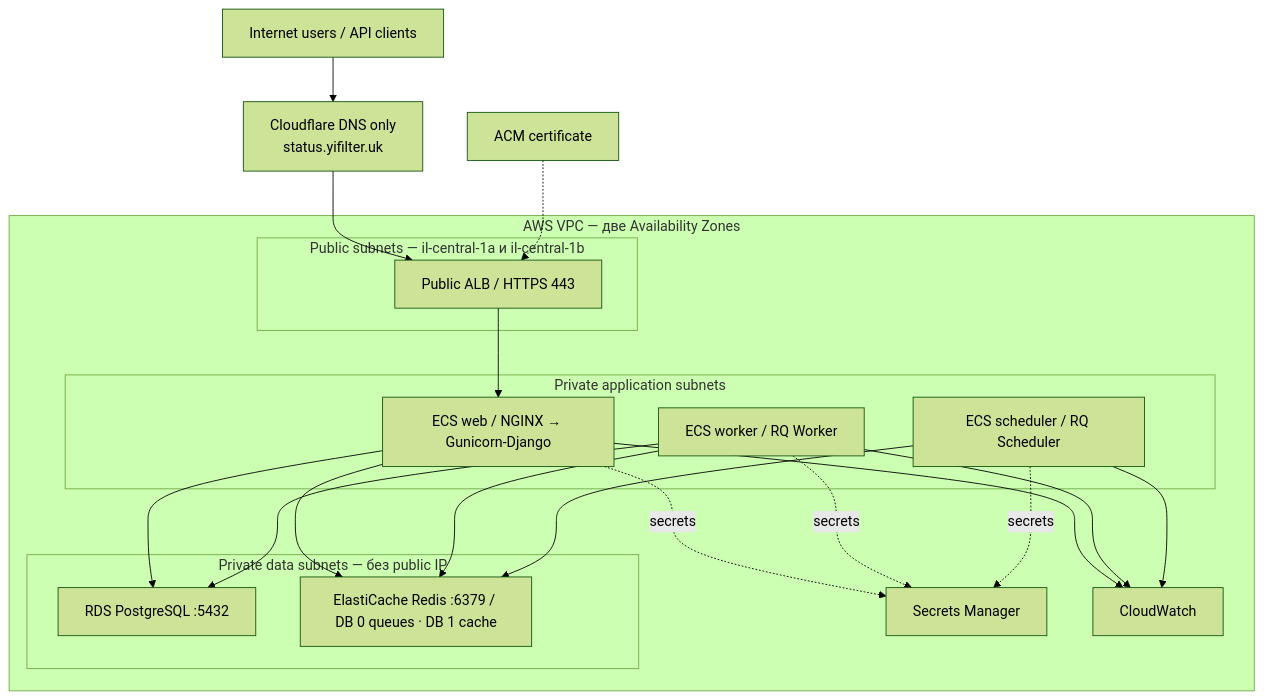
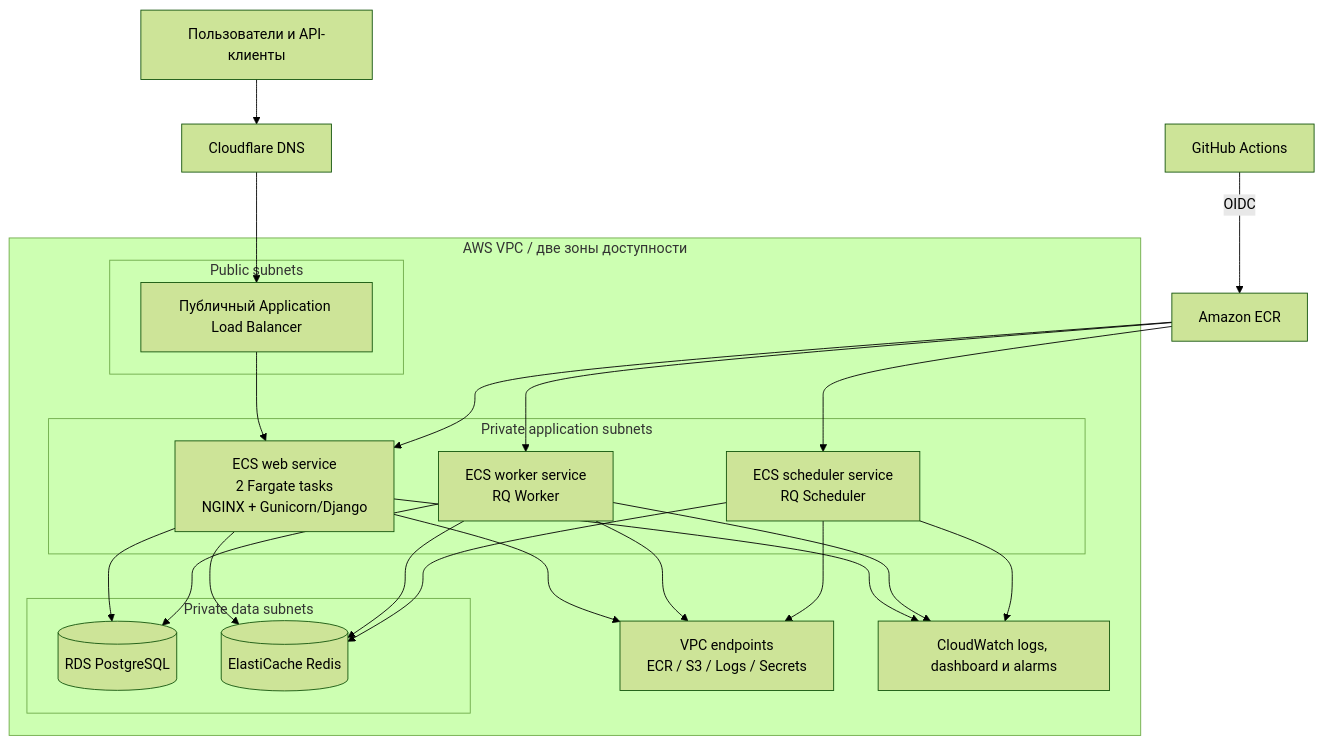
Before and after one commit to yinon-mitin/Status-Page: the first of 2 diagrams in docs/ARCHITECTURE.ru.md, drawn with Mermaid (forest theme). The commit also changed other lines of this file and 49 other files, not shown here.

````diff
--- a/docs/ARCHITECTURE.ru.md
+++ b/docs/ARCHITECTURE.ru.md
@@ -30,28 +11,35 @@
 ```mermaid
 flowchart TB
-  U[Internet users / API clients] --> CF[Cloudflare DNS only\nstatus.yifilter.uk]
-  CF --> ALB[Public ALB / HTTPS 443]
-  ACM[ACM certificate] -.-> ALB
-  subgraph VPC[AWS VPC — две Availability Zones]
-    subgraph PUB[Public subnets — il-central-1a и il-central-1b]
+  Client[Пользователи и API-клиенты] --> DNS[Cloudflare DNS]
+  DNS --> ALB[Публичный Application Load Balancer]
+
+  subgraph VPC[AWS VPC / две зоны доступности]
+    subgraph Public[Public subnets]
       ALB
     end
-    subgraph APP[Private application subnets]
-      WEB[ECS web / NGINX → Gunicorn-Django]
-      WKR[ECS worker / RQ Worker]
-      SCH[ECS scheduler / RQ Scheduler]
+
+    subgraph Application[Private application subnets]
+      Web[ECS web service\n2 Fargate tasks\nNGINX + Gunicorn/Django]
+      Worker[ECS worker service\nRQ Worker]
+      Scheduler[ECS scheduler service\nRQ Scheduler]
     end
-    subgraph DATA[Private data subnets — без public IP]
-      RDS[RDS PostgreSQL :5432]
-      REDIS[ElastiCache Redis :6379 / DB 0 queues · DB 1 cache]
+
+    subgraph Data[Private data subnets]
+      PostgreSQL[(RDS PostgreSQL)]
+      Redis[(ElastiCache Redis)]
     end
-    SM[Secrets Manager]
-    CW[CloudWatch]
+
+    Endpoints[VPC endpoints\nECR / S3 / Logs / Secrets]
+    CloudWatch[CloudWatch logs, dashboard и alarms]
   end
-  ALB --> WEB
-  WEB --> RDS & REDIS
-  WKR --> RDS & REDIS
-  SCH --> REDIS
-  WEB & WKR & SCH -. secrets .-> SM
-  WEB & WKR & SCH --> CW
+
+  ALB --> Web
+  Web --> PostgreSQL & Redis
+  Worker --> PostgreSQL & Redis
+  Scheduler --> Redis
+  Web & Worker & Scheduler --> Endpoints
+  Web & Worker & Scheduler --> CloudWatch
+
+  GitHub[GitHub Actions] -->|OIDC| ECR[Amazon ECR]
+  ECR --> Web & Worker & Scheduler
 ```
````
